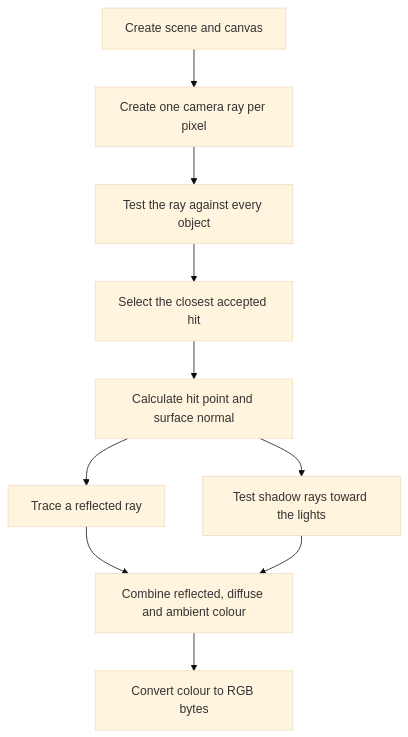
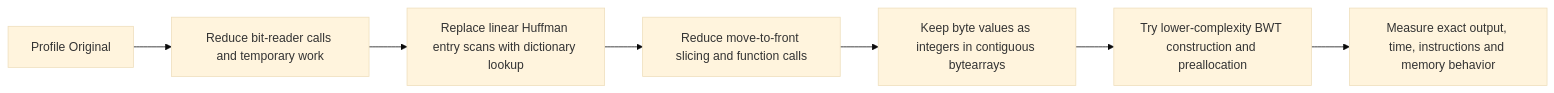
One commit to Tydox/Auxilary-Notes changed the second of 3 diagrams in presentation_optimization_story - PYFLAT.md. Above: the diagram before and after it, drawn with Mermaid (base theme). The commit also changed other lines of this file, not shown here.

````diff
--- a/presentation_optimization_story - PYFLAT.md
+++ b/presentation_optimization_story - PYFLAT.md
@@ -34,12 +115,9 @@
 ```mermaid
-flowchart TD
-    A[Create scene and canvas] --> B[Create one camera ray per pixel]
-    B --> C[Test the ray against every object]
-    C --> D[Select the closest accepted hit]
-    D --> E[Calculate hit point and surface normal]
-    E --> F[Trace a reflected ray]
-    E --> G[Test shadow rays toward the lights]
-    F --> H[Combine reflected, diffuse and ambient colour]
-    G --> H
-    H --> I[Convert colour to RGB bytes]
+flowchart LR
+    A[Profile Original] --> B[Reduce bit-reader calls and temporary work]
+    B --> C[Replace linear Huffman entry scans with dictionary lookup]
+    C --> D[Reduce move-to-front slicing and function calls]
+    D --> E[Keep byte values as integers in contiguous bytearrays]
+    E --> F[Try lower-complexity BWT construction and preallocation]
+    F --> G[Measure exact output, time, instructions and memory behavior]
 ```
````
